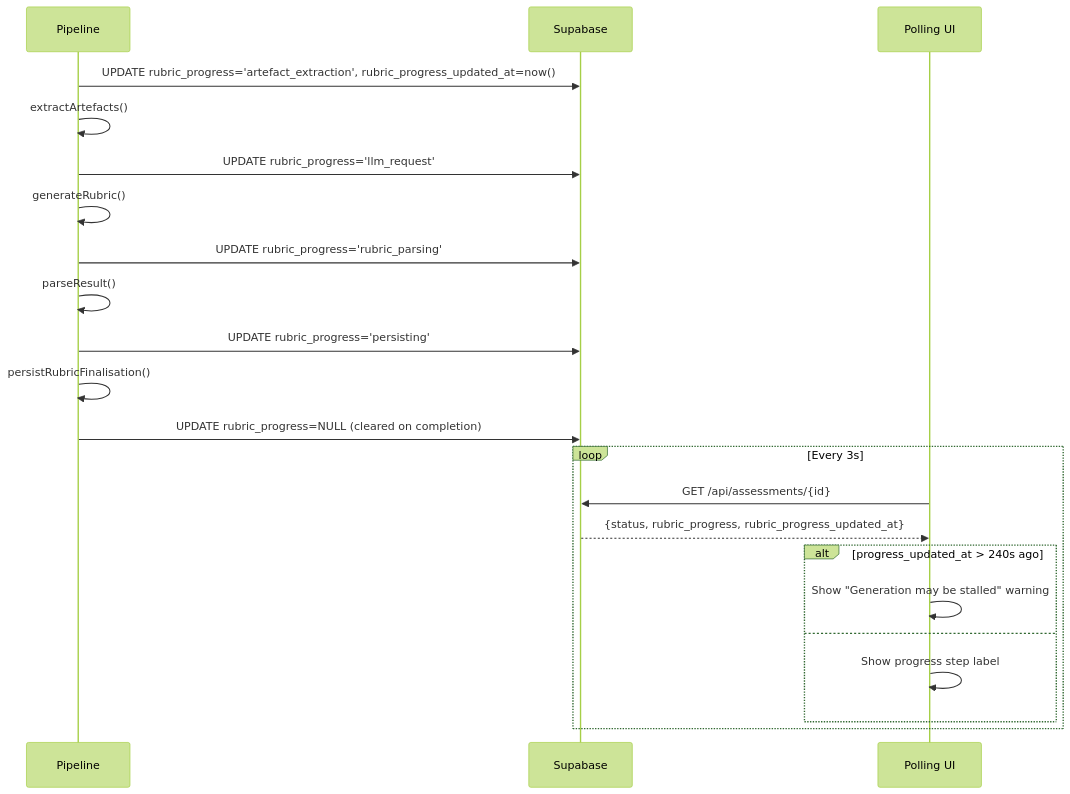
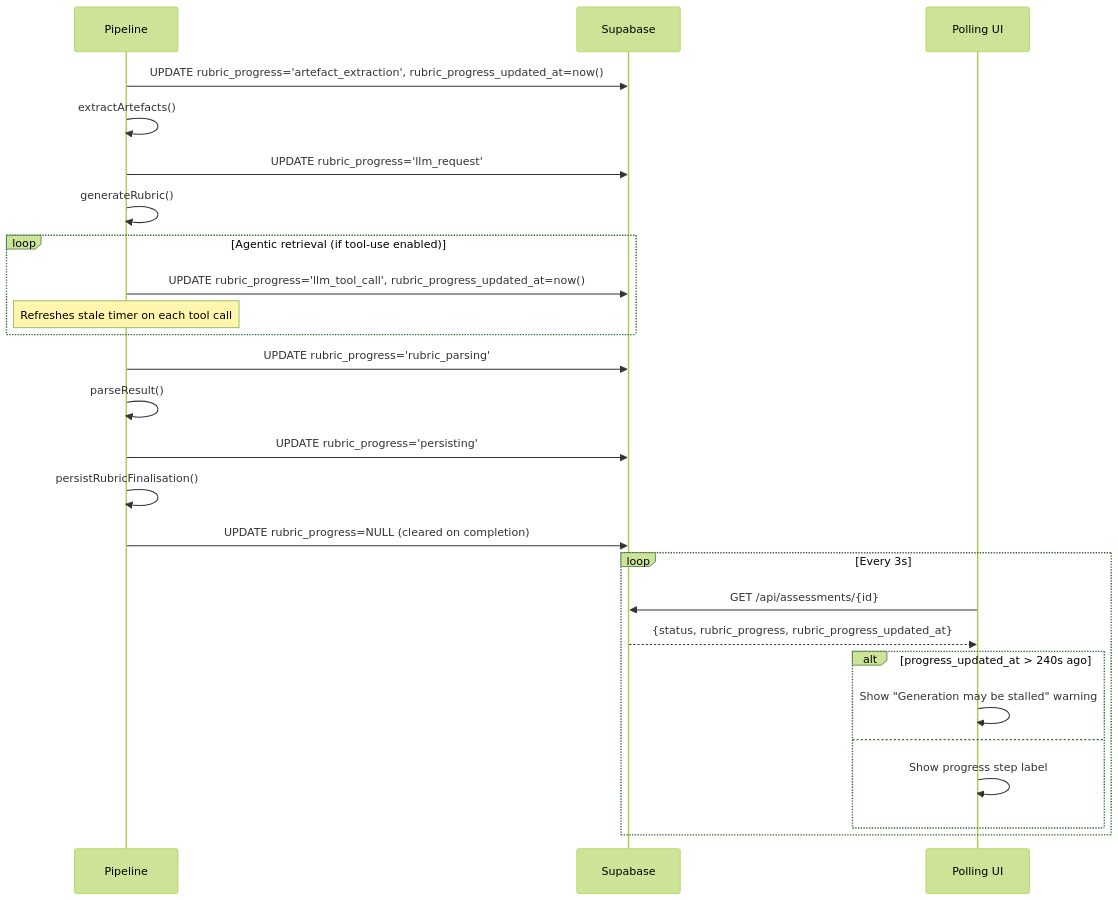
Before and after one commit to mironyx/feature-comprehension-score: the third of 4 diagrams in docs/design/lld-e18.md, drawn with Mermaid (forest theme). The commit also changed other lines of this file and 1 other file, not shown here.

Commit message:
docs: add agentic retrieval tool-call logging and progress to E18 design #271

````diff
--- a/docs/design/lld-e18.md
+++ b/docs/design/lld-e18.md
@@ -71,26 +75,30 @@
 ```mermaid
 sequenceDiagram
     participant P as Pipeline
     participant DB as Supabase
     participant UI as Polling UI
 
     P->>DB: UPDATE rubric_progress='artefact_extraction', rubric_progress_updated_at=now()
     P->>P: extractArtefacts()
     P->>DB: UPDATE rubric_progress='llm_request'
     P->>P: generateRubric()
+    loop Agentic retrieval (if tool-use enabled)
+        P->>DB: UPDATE rubric_progress='llm_tool_call', rubric_progress_updated_at=now()
+        Note over P: Refreshes stale timer on each tool call
+    end
     P->>DB: UPDATE rubric_progress='rubric_parsing'
     P->>P: parseResult()
     P->>DB: UPDATE rubric_progress='persisting'
     P->>P: persistRubricFinalisation()
     P->>DB: UPDATE rubric_progress=NULL (cleared on completion)
 
     loop Every 3s
         UI->>DB: GET /api/assessments/{id}
         DB-->>UI: {status, rubric_progress, rubric_progress_updated_at}
         alt progress_updated_at > 240s ago
             UI->>UI: Show "Generation may be stalled" warning
         else
             UI->>UI: Show progress step label
         end
     end
 ```
````
